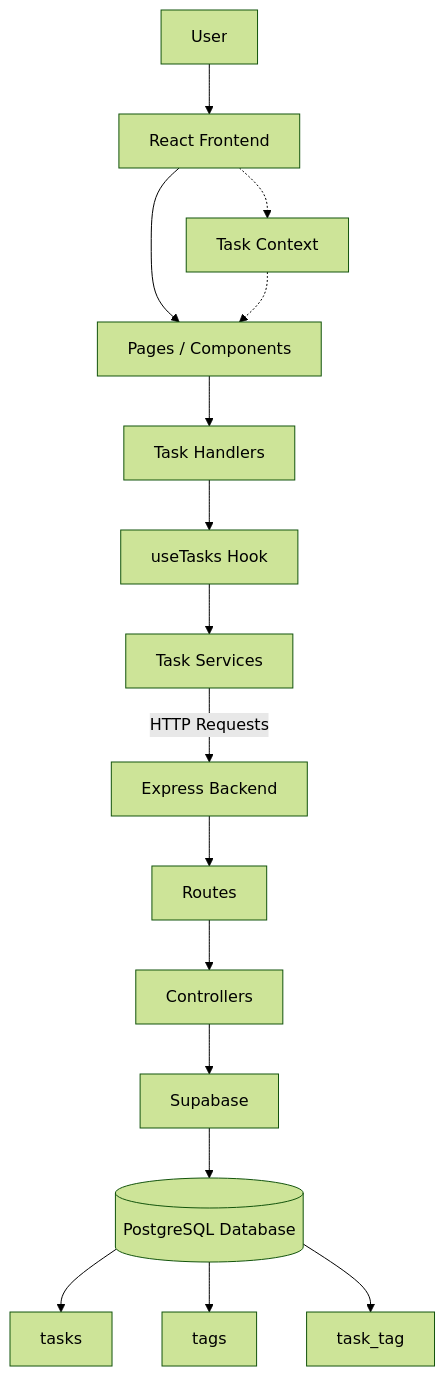
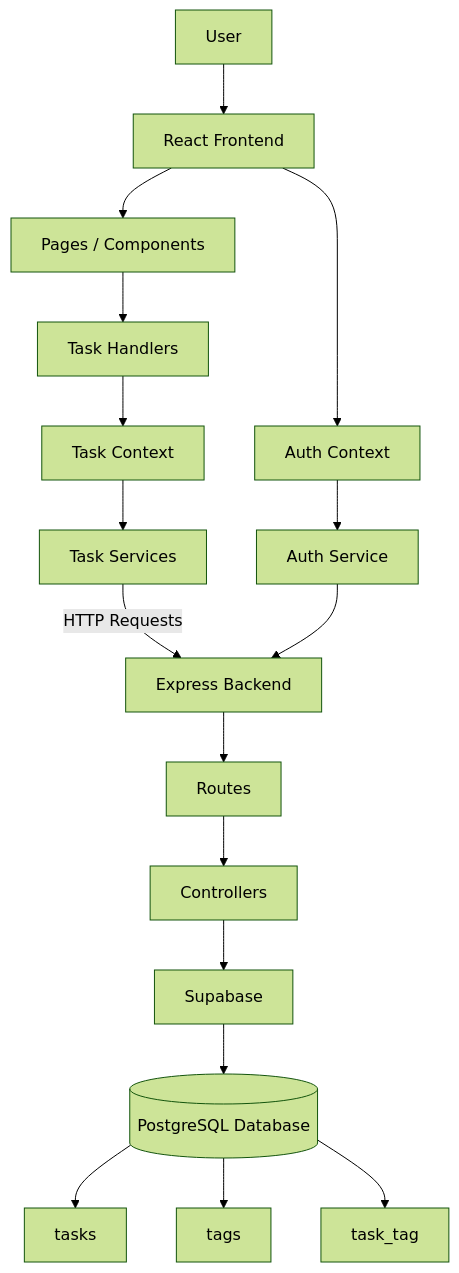
Before and after one commit to cjtarre/cmsc128-Lab1_CRUD_Sumergido-Tarre: the diagram in README.md, drawn with Mermaid (forest theme). The commit also changed other lines of this file, not shown here.

Commit message:
docs: update README with app features and architecture

````diff
--- a/README.md
+++ b/README.md
@@ -75,25 +88,26 @@
 ```mermaid
 flowchart TD
     A[User] --> B[React Frontend]
 
     B --> C[Pages / Components]
     C --> D[Task Handlers]
 
-    D --> E[useTasks Hook]
+    D --> E[Task Context]
     E --> F[Task Services]
 
     F -->|HTTP Requests| G[Express Backend]
 
     G --> H[Routes]
     H --> I[Controllers]
 
     I --> J[Supabase]
     J --> K[(PostgreSQL Database)]
 
-    K --> L[tasks]
-    K --> M[tags]
-    K --> N[task_tag]
+    B --> L[Auth Context] 
+    L --> M[Auth Service] 
+    M --> G
 
-    B -.-> O[Task Context]
-    O -.-> C
+    K --> N[tasks] 
+    K --> O[tags] 
+    K --> P[task_tag]
 ```
````
